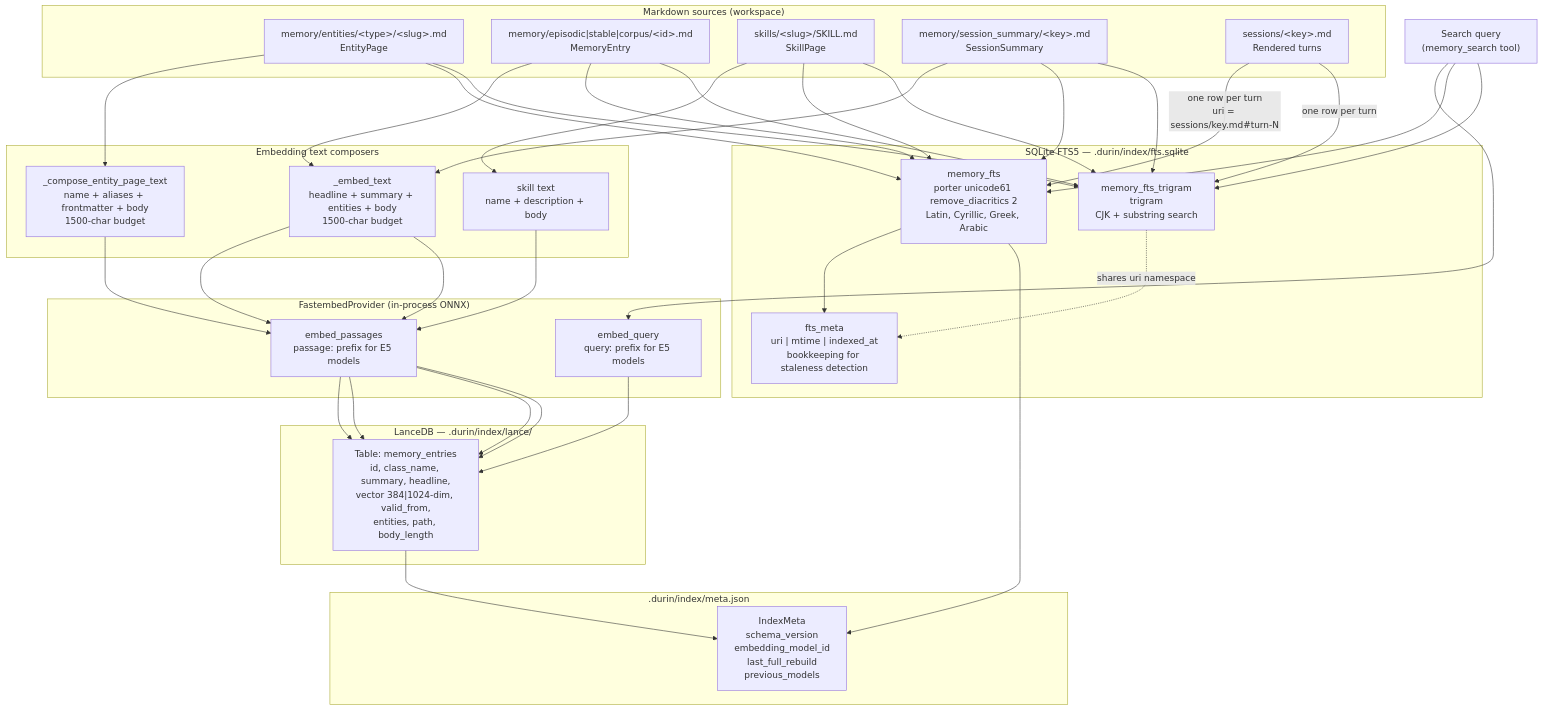
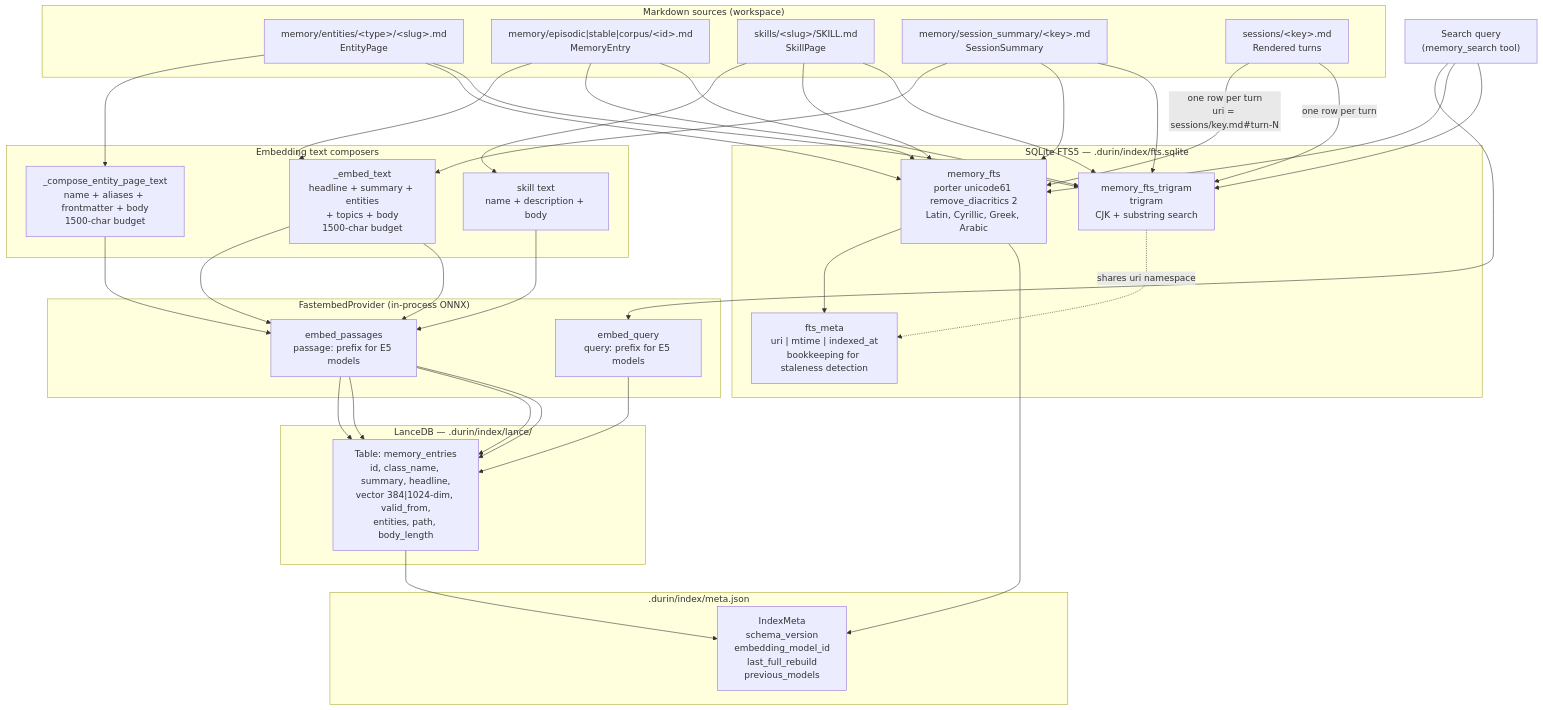
The diagram in docs/internals/memory/02_indexing.md (mmarmol/durin), drawn with Mermaid before and after one commit. The commit also changed other lines of this file and 54 other files, not shown here.

````diff
--- a/docs/internals/memory/02_indexing.md
+++ b/docs/internals/memory/02_indexing.md
@@ -21,60 +21,60 @@
 ```mermaid
 flowchart TD
     subgraph Sources["Markdown sources (workspace)"]
         EP["memory/entities/&lt;type&gt;/&lt;slug&gt;.md\nEntityPage"]
         ME["memory/episodic|stable|corpus/&lt;id&gt;.md\nMemoryEntry"]
         SK["skills/&lt;slug&gt;/SKILL.md\nSkillPage"]
         SS["memory/session_summary/&lt;key&gt;.md\nSessionSummary"]
         ST["sessions/&lt;key&gt;.md\nRendered turns"]
     end
 
     subgraph Composer["Embedding text composers"]
         CE["_compose_entity_page_text\nname + aliases + frontmatter + body\n1500-char budget"]
-        ME2["_embed_text\nheadline + summary + entities + body\n1500-char budget"]
+        ME2["_embed_text\nheadline + summary + entities\n+ topics + body\n1500-char budget"]
         SK2["skill text\nname + description + body"]
     end
 
     subgraph Embed["FastembedProvider (in-process ONNX)"]
         EP2["embed_passages\npassage: prefix for E5 models"]
         EQ["embed_query\nquery: prefix for E5 models"]
     end
 
     subgraph Vector["LanceDB — .durin/index/lance/"]
         VT["Table: memory_entries\nid, class_name, summary, headline,\nvector 384|1024-dim, valid_from,\nentities, path, body_length"]
     end
 
     subgraph FTS["SQLite FTS5 — .durin/index/fts.sqlite"]
         FT1["memory_fts\nporter unicode61 remove_diacritics 2\nLatin, Cyrillic, Greek, Arabic"]
         FT2["memory_fts_trigram\ntrigram\nCJK + substring search"]
         FM["fts_meta\nuri | mtime | indexed_at\nbookkeeping for staleness detection"]
     end
 
     subgraph Meta[".durin/index/meta.json"]
         MJ["IndexMeta\nschema_version\nembedding_model_id\nlast_full_rebuild\nprevious_models"]
     end
 
     EP --> CE --> EP2 --> VT
     ME --> ME2 --> EP2 --> VT
     SK --> SK2 --> EP2 --> VT
     SS --> ME2 --> EP2 --> VT
 
     EP --> FT1
     EP --> FT2
     ME --> FT1
     ME --> FT2
     SK --> FT1
     SK --> FT2
     SS --> FT1
     SS --> FT2
     ST -->|"one row per turn\nuri = sessions/key.md#turn-N"| FT1
     ST -->|"one row per turn"| FT2
     FT1 --> FM
     FT2 -.->|"shares uri namespace"| FM
 
     VT --> MJ
     FT1 --> MJ
 
     Query["Search query\n(memory_search tool)"] --> EQ --> VT
     Query --> FT1
     Query --> FT2
 ```
````
